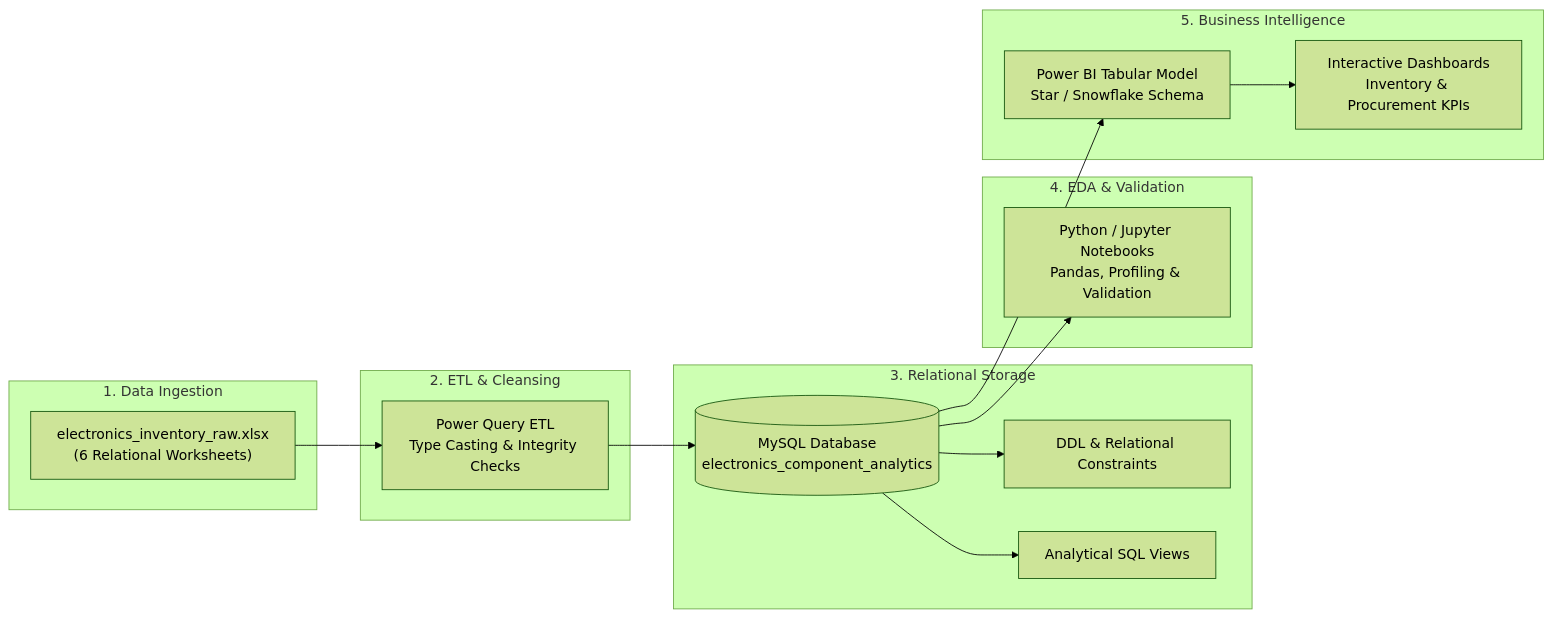
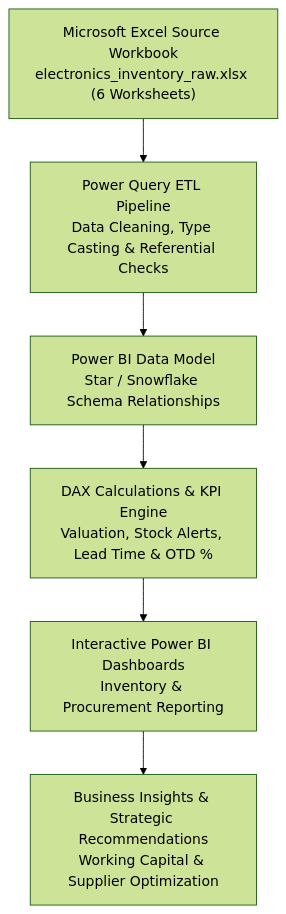
The first of 2 diagrams in README.md (shashaank747/Electronics-Component-Analytics), drawn with Mermaid (forest theme) before and after one commit. The commit also changed other lines of this file and 42 other files, not shown here.

Commit message:
Restructure repository: Remove MySQL and Python completely, migrate to pure Excel + Power Query + Power BI stack

````diff
--- a/README.md
+++ b/README.md
@@ -49,30 +65,9 @@
 ```mermaid
-flowchart LR
-    subgraph S1["1. Data Ingestion"]
-        A["electronics_inventory_raw.xlsx<br/>(6 Relational Worksheets)"]
-    end
-
-    subgraph S2["2. ETL & Cleansing"]
-        B["Power Query ETL<br/>Type Casting & Integrity Checks"]
-    end
-
-    subgraph S3["3. Relational Storage"]
-        C[("MySQL Database<br/>electronics_component_analytics")]
-        C1["DDL & Relational Constraints"]
-        C2["Analytical SQL Views"]
-    end
-
-    subgraph S4["4. EDA & Validation"]
-        D["Python / Jupyter Notebooks<br/>Pandas, Profiling & Validation"]
-    end
-
-    subgraph S5["5. Business Intelligence"]
-        E["Power BI Tabular Model<br/>Star / Snowflake Schema"]
-        F["Interactive Dashboards<br/>Inventory & Procurement KPIs"]
-    end
-
-    A --> B --> C
-    C --> C1 & C2
-    C --> D
-    C --> E --> F
+flowchart TD
+    A["Microsoft Excel Source Workbook<br/>electronics_inventory_raw.xlsx (6 Worksheets)"]
+    --> B["Power Query ETL Pipeline<br/>Data Cleaning, Type Casting & Referential Checks"]
+    --> C["Power BI Data Model<br/>Star / Snowflake Schema Relationships"]
+    --> D["DAX Calculations & KPI Engine<br/>Valuation, Stock Alerts, Lead Time & OTD %"]
+    --> E["Interactive Power BI Dashboards<br/>Inventory & Procurement Reporting"]
+    --> F["Business Insights & Strategic Recommendations<br/>Working Capital & Supplier Optimization"]
 ```
````
